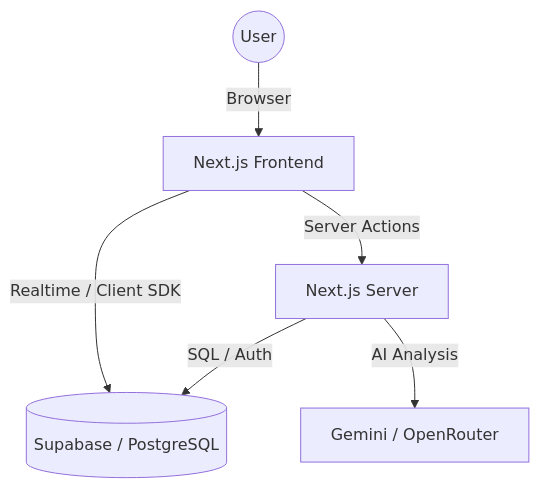
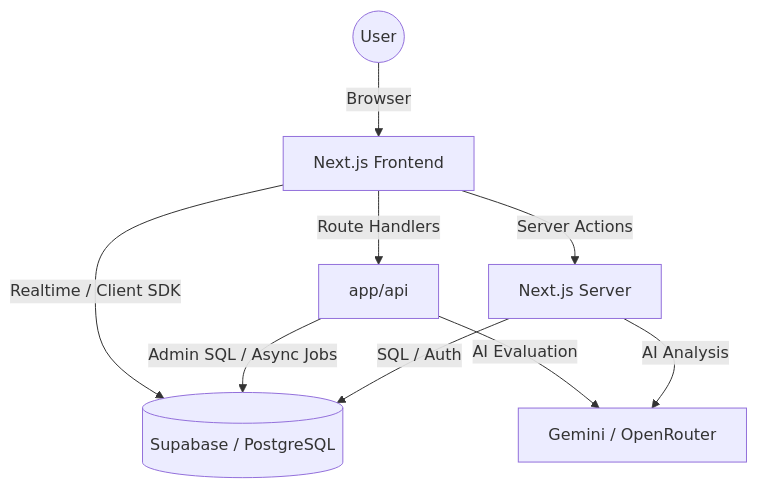
The diagram in docs/architecture.md (fajarabr76/Trainerssuperappnext), drawn with Mermaid before and after one commit. The commit also changed other lines of this file and 12 other files, not shown here.

````diff
--- a/docs/architecture.md
+++ b/docs/architecture.md
@@ -20,8 +20,11 @@
 ```mermaid
 graph TD
     User((User)) -->|Browser| Frontend[Next.js Frontend]
     Frontend -->|Server Actions| NextServer[Next.js Server]
+    Frontend -->|Route Handlers| API[app/api]
     NextServer -->|SQL / Auth| Supabase[(Supabase / PostgreSQL)]
+    API -->|Admin SQL / Async Jobs| Supabase
     Frontend -->|Realtime / Client SDK| Supabase
     NextServer -->|AI Analysis| AIProviders[Gemini / OpenRouter]
+    API -->|AI Evaluation| AIProviders
 ```
````
